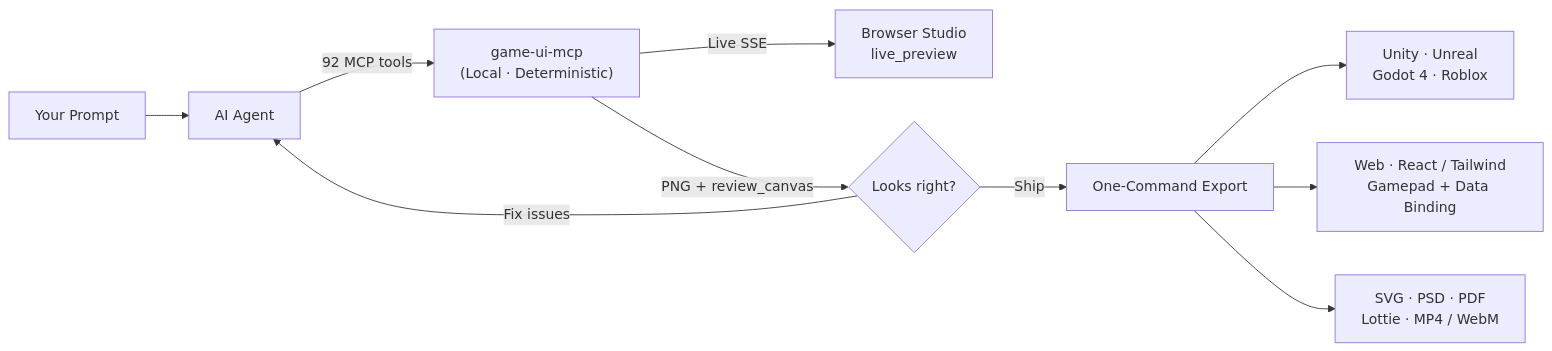
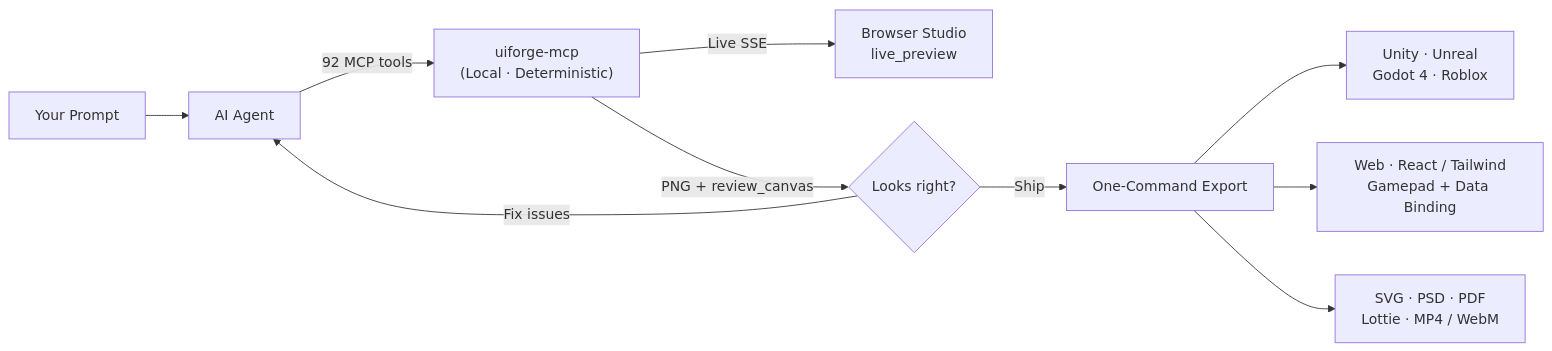
Before and after one commit to TENETTE/uiforge-mcp: the diagram in README.md, drawn with Mermaid. The commit also changed other lines of this file and 133 other files, not shown here.

Commit message:
Rebrand package, CLI, docs, configs, skill and banner to uiforge-mcp

````diff
--- a/README.md
+++ b/README.md
@@ -169,12 +169,12 @@
 ```mermaid
 flowchart LR
     U["Your Prompt"] --> A["AI Agent"]
-    A -->|"92 MCP tools"| S["game-ui-mcp<br/>(Local · Deterministic)"]
+    A -->|"92 MCP tools"| S["uiforge-mcp<br/>(Local · Deterministic)"]
     S -->|"Live SSE"| L["Browser Studio<br/>live_preview"]
     S -->|"PNG + review_canvas"| C{"Looks right?"}
     C -->|"Fix issues"| A
     C -->|"Ship"| E["One-Command Export"]
     E --> G1["Unity · Unreal<br/>Godot 4 · Roblox"]
     E --> G2["Web · React / Tailwind<br/>Gamepad + Data Binding"]
     E --> G3["SVG · PSD · PDF<br/>Lottie · MP4 / WebM"]
 ```
````
